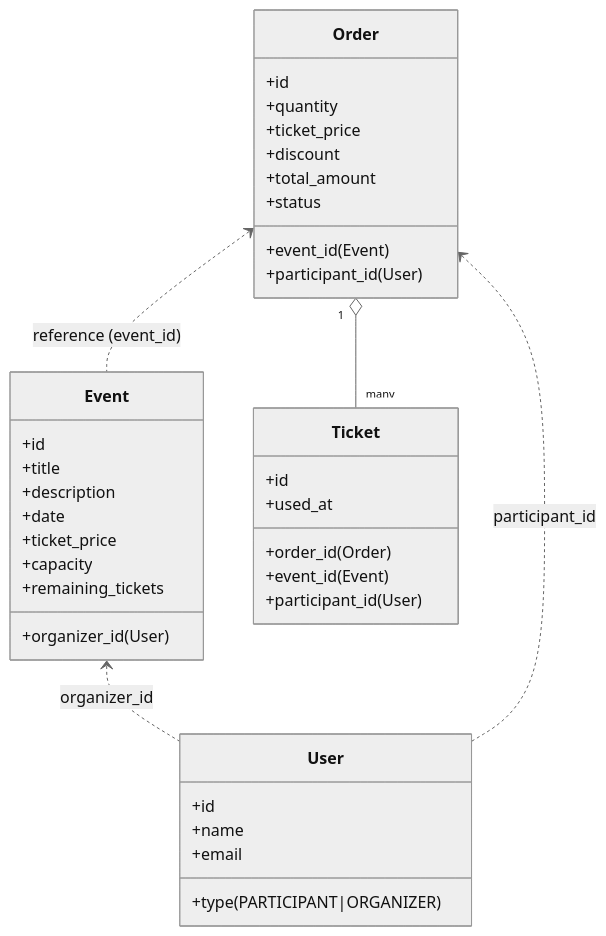
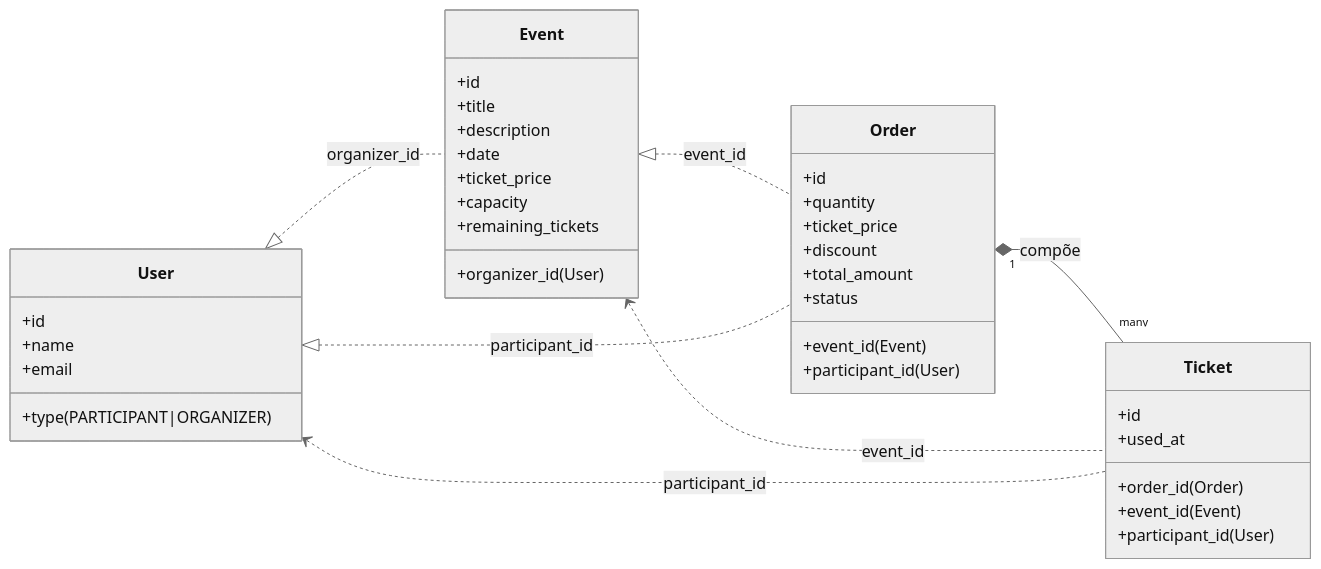
One commit to davimatos/event-hub changed the fourth of 4 diagrams in README.md. Above: the diagram before and after it, drawn with Mermaid (neutral theme). The commit also changed other lines of this file, not shown here.

Commit message:
docs: ajustando diagramas no readme

````diff
--- a/README.md
+++ b/README.md
@@ -191,44 +196,48 @@
 ```mermaid
 classDiagram
-  class User {
-    +id
-    +name
-    +email
-    +type (PARTICIPANT|ORGANIZER)
-  }
-
+  direction LR
+  
   class Event {
     +id
     +organizer_id (User)
     +title
     +description
     +date
     +ticket_price
     +capacity
     +remaining_tickets
+  }
+
+  class User {
+    +id
+    +name
+    +email
+    +type (PARTICIPANT|ORGANIZER)
   }
 
   class Order {
     +id
     +event_id (Event)
     +participant_id (User)
     +quantity
     +ticket_price
     +discount
     +total_amount
     +status
   }
 
   class Ticket {
     +id
     +order_id (Order)
     +event_id (Event)
     +participant_id (User)
     +used_at
   }
 
-  Event <.. User : organizer_id
-  Order <.. Event : reference (event_id)
-  Order <.. User : participant_id
-  Order "1" o-- "many" Ticket
+  User <|.. Event : organizer_id
+  Event <|.. Order : event_id
+  User <|.. Order : participant_id
+  Order "1" *-- "many" Ticket : compõe
+  Event <.. Ticket : event_id
+  User <.. Ticket : participant_id
 ```
````
